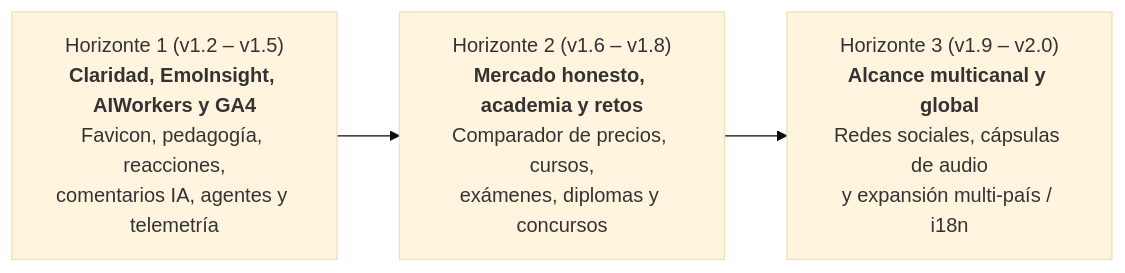
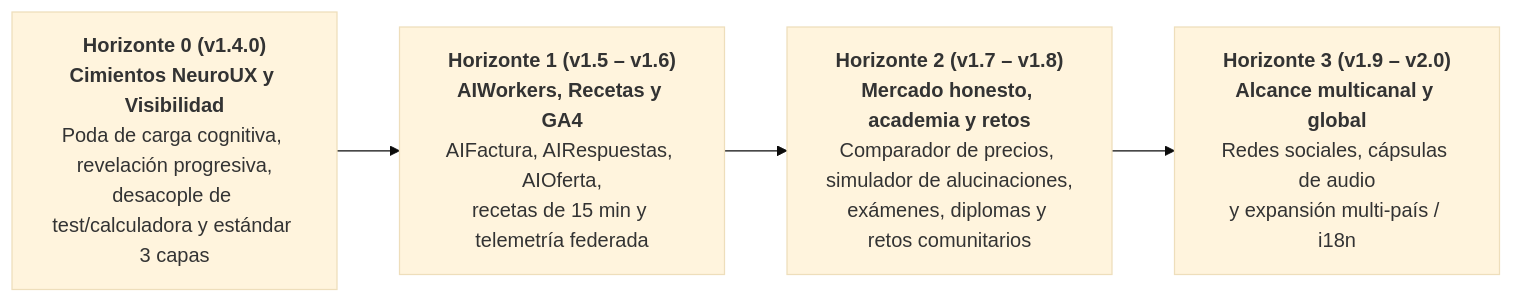
One commit to aievolutio-com/aievolutio.com changed the diagram in docs/roadmap.md. Above: the diagram before and after it, drawn with Mermaid (base theme). The commit also changed other lines of this file and 15 other files, not shown here.

Commit message:
chore(governance): reforzar constitución AGENTS.md, instrucciones vinculantes, bloqueo CI y roadmap Horizonte 0

````diff
--- a/docs/roadmap.md
+++ b/docs/roadmap.md
@@ -38,8 +38,9 @@
 ```mermaid
 flowchart LR
-  H1["Horizonte 1 (v1.2 – v1.5)<br><b>Claridad, EmoInsight, AIWorkers y GA4</b><br>Favicon, pedagogía, reacciones,<br>comentarios IA, agentes y telemetría"]
-  H2["Horizonte 2 (v1.6 – v1.8)<br><b>Mercado honesto, academia y retos</b><br>Comparador de precios, cursos,<br>exámenes, diplomas y concursos"]
-  H3["Horizonte 3 (v1.9 – v2.0)<br><b>Alcance multicanal y global</b><br>Redes sociales, cápsulas de audio<br>y expansión multi-país / i18n"]
+  H0["<b>Horizonte 0 (v1.4.0)</b><br><b>Cimientos NeuroUX y Visibilidad</b><br>Poda de carga cognitiva, revelación progresiva,<br>desacople de test/calculadora y estándar 3 capas"]
+  H1["<b>Horizonte 1 (v1.5 – v1.6)</b><br><b>AIWorkers, Recetas y GA4</b><br>AIFactura, AIRespuestas, AIOferta,<br>recetas de 15 min y telemetría federada"]
+  H2["<b>Horizonte 2 (v1.7 – v1.8)</b><br><b>Mercado honesto, academia y retos</b><br>Comparador de precios, simulador de alucinaciones,<br>exámenes, diplomas y retos comunitarios"]
+  H3["<b>Horizonte 3 (v1.9 – v2.0)</b><br><b>Alcance multicanal y global</b><br>Redes sociales, cápsulas de audio<br>y expansión multi-país / i18n"]
 
-  H1 --> H2 --> H3
+  H0 --> H1 --> H2 --> H3
 ```
````
